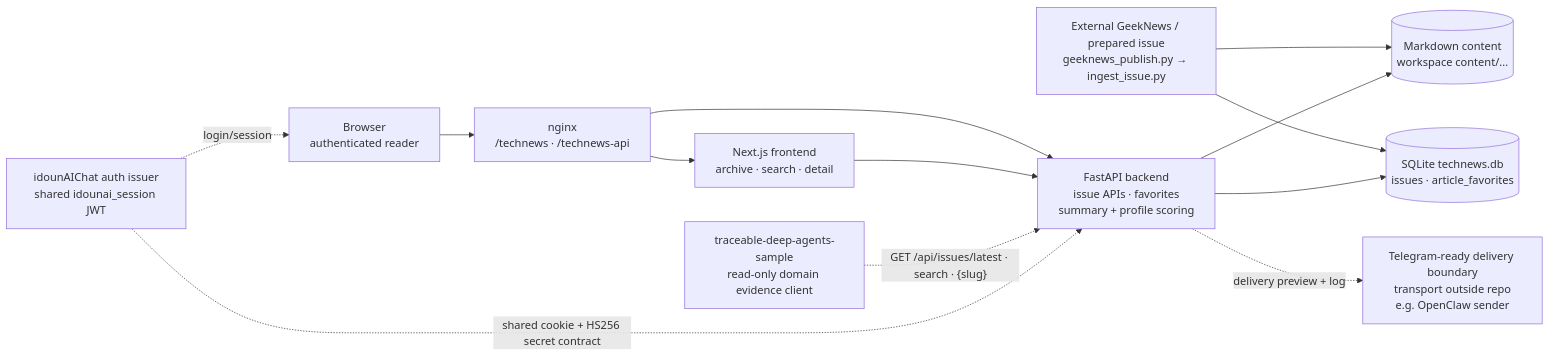
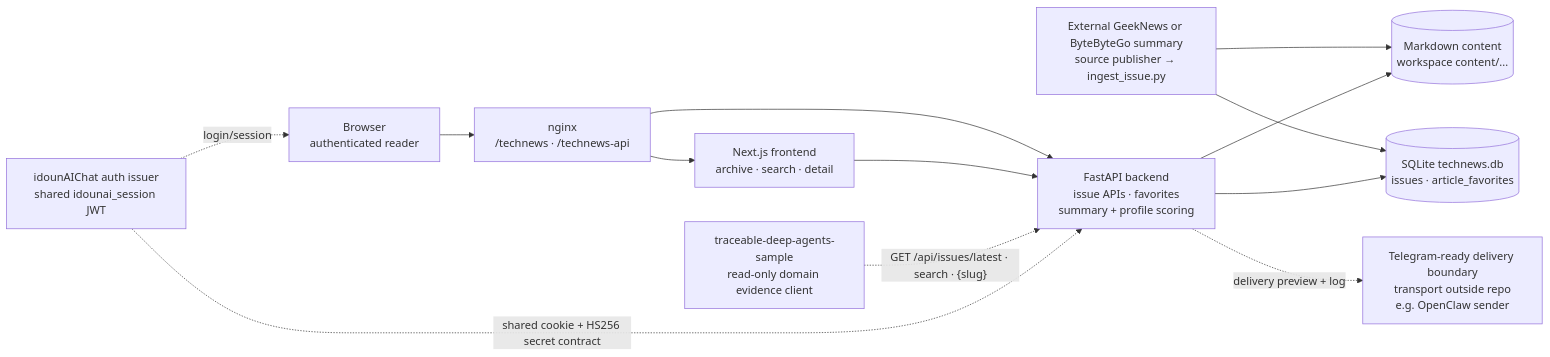
One commit to idoun/personal-tech-radar changed the diagram in docs/architecture.mmd. Above: the diagram before and after it, drawn with Mermaid. The commit also changed 14 other files, not shown here.

Commit message:
Add ByteByteGo issue ingestion and publishing

```diff
--- a/docs/architecture.mmd
+++ b/docs/architecture.mmd
@@ -1,16 +1,16 @@
 flowchart LR
     Browser["Browser<br/>authenticated reader"] --> Nginx["nginx<br/>/technews · /technews-api"]
     Nginx --> Web["Next.js frontend<br/>archive · search · detail"]
     Nginx --> API["FastAPI backend<br/>issue APIs · favorites<br/>summary + profile scoring"]
     Web --> API
     Sample["traceable-deep-agents-sample<br/>read-only domain evidence client"] -. "GET /api/issues/latest · search · {slug}" .-> API
 
     Auth["idounAIChat auth issuer<br/>shared idounai_session JWT"] -. "login/session" .-> Browser
     Auth -. "shared cookie + HS256 secret contract" .-> API
 
-    Publisher["External GeekNews / prepared issue<br/>geeknews_publish.py → ingest_issue.py"] --> Content[("Markdown content<br/>workspace content/...")]
+    Publisher["External GeekNews or ByteByteGo summary<br/>source publisher → ingest_issue.py"] --> Content[("Markdown content<br/>workspace content/...")]
     Publisher --> DB[("SQLite technews.db<br/>issues · article_favorites")]
     API --> Content
     API --> DB
 
     API -. "delivery preview + log" .-> Delivery["Telegram-ready delivery boundary<br/>transport outside repo<br/>e.g. OpenClaw sender"]
```
